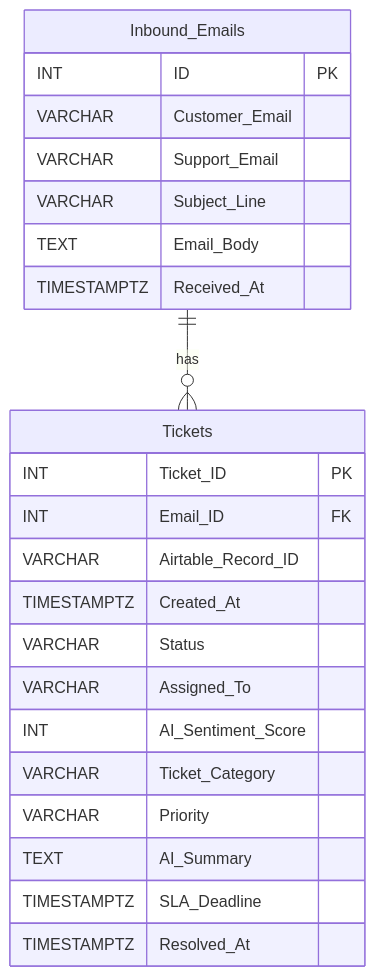
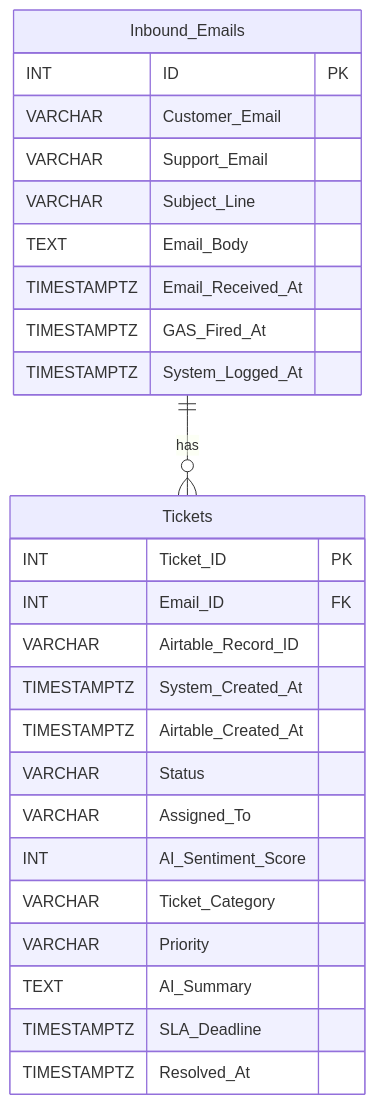
The diagram in README.md (manantshah/AutoTriage), drawn with Mermaid before and after one commit.

````diff
--- a/README.md
+++ b/README.md
@@ -26,28 +26,31 @@
 ```mermaid
 erDiagram
     Inbound_Emails ||--o{ Tickets : "has"
 
     Inbound_Emails {
         INT ID PK
         VARCHAR Customer_Email
         VARCHAR Support_Email
         VARCHAR Subject_Line
         TEXT Email_Body
-        TIMESTAMPTZ Received_At
+        TIMESTAMPTZ Email_Received_At
+        TIMESTAMPTZ GAS_Fired_At
+        TIMESTAMPTZ System_Logged_At
     }
 
     Tickets {
         INT Ticket_ID PK
         INT Email_ID FK
         VARCHAR Airtable_Record_ID
-        TIMESTAMPTZ Created_At
+        TIMESTAMPTZ System_Created_At
+        TIMESTAMPTZ Airtable_Created_At
         VARCHAR Status
         VARCHAR Assigned_To
         INT AI_Sentiment_Score
         VARCHAR Ticket_Category
         VARCHAR Priority
         TEXT AI_Summary
         TIMESTAMPTZ SLA_Deadline
         TIMESTAMPTZ Resolved_At
     }
 ```
````
